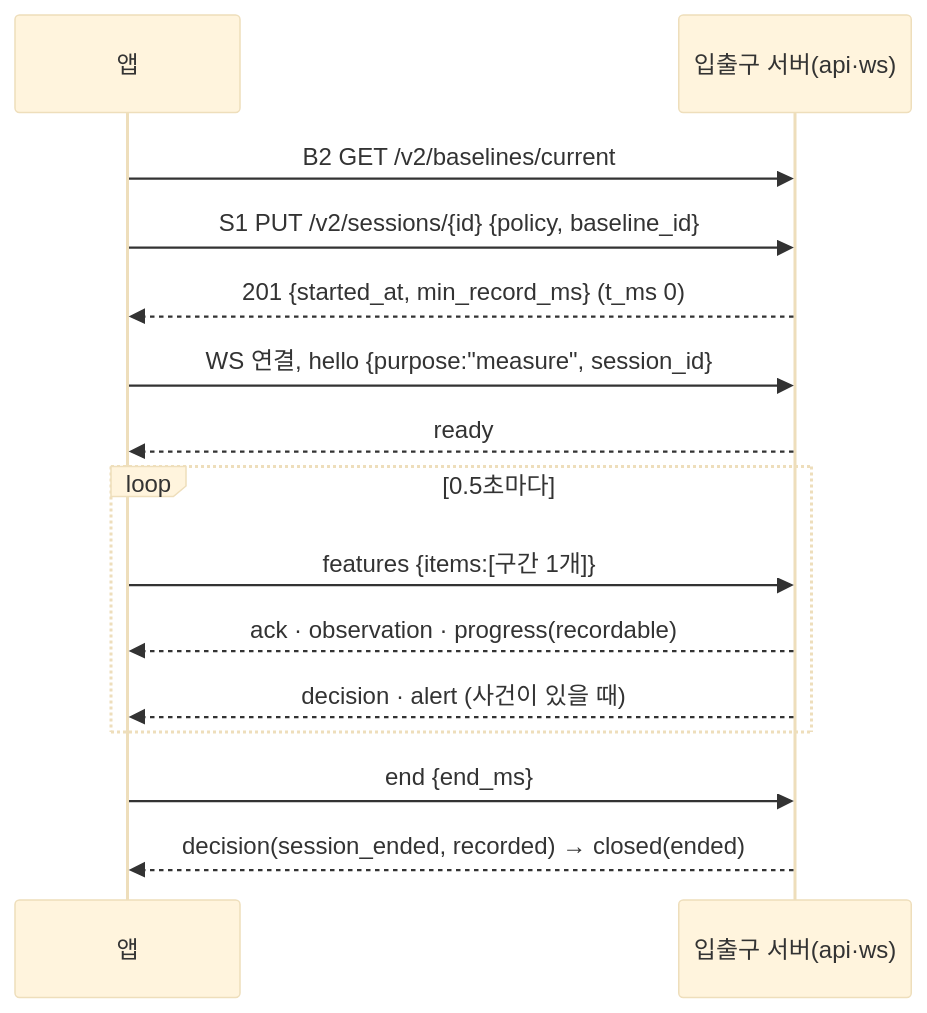
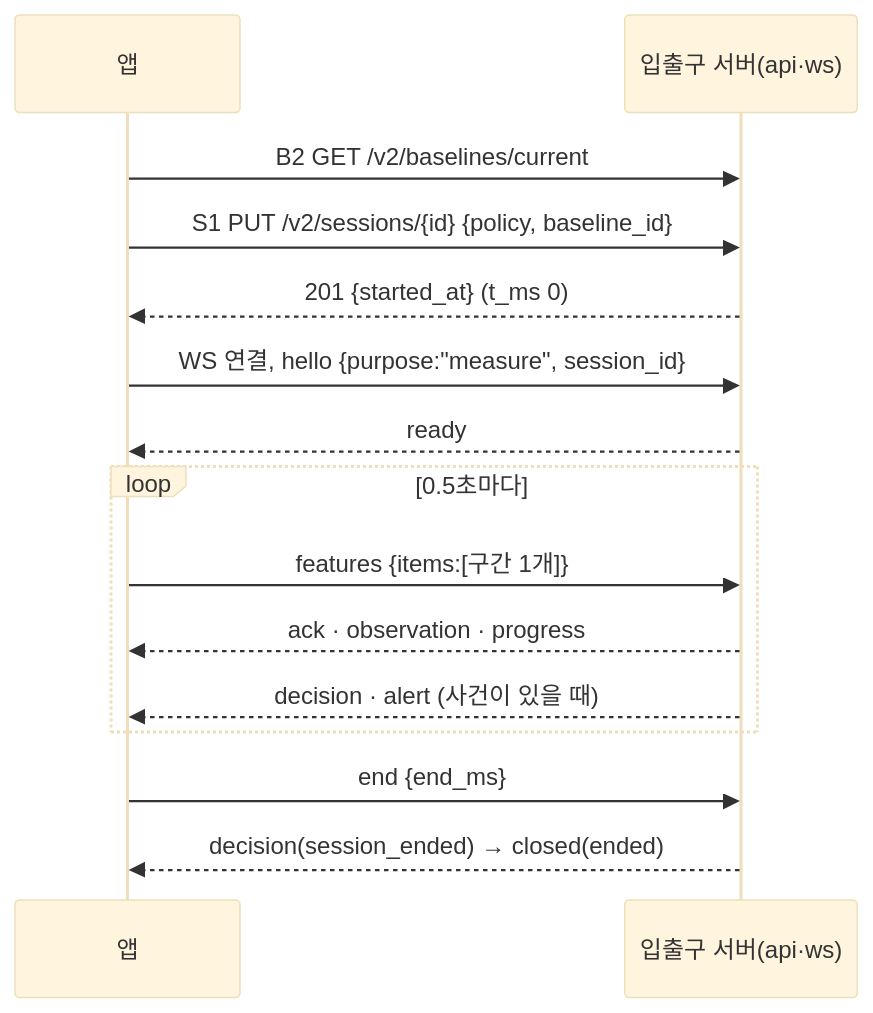
The first of 2 diagrams in docs/design/api-ws-spec.md (Jeon-Seho/sitting-posture-corrector), drawn with Mermaid (base theme) before and after one commit. The commit also changed other lines of this file and 10 other files, not shown here.

````diff
--- a/docs/design/api-ws-spec.md
+++ b/docs/design/api-ws-spec.md
@@ -286,17 +285,17 @@
 ```mermaid
 sequenceDiagram
   participant A as 앱
   participant S as 입출구 서버(api·ws)
   A->>S: B2 GET /v2/baselines/current
   A->>S: S1 PUT /v2/sessions/{id} {policy, baseline_id}
-  S-->>A: 201 {started_at, min_record_ms} (t_ms 0)
+  S-->>A: 201 {started_at} (t_ms 0)
   A->>S: WS 연결, hello {purpose:"measure", session_id}
   S-->>A: ready
   loop 0.5초마다
     A->>S: features {items:[구간 1개]}
-    S-->>A: ack · observation · progress(recordable)
+    S-->>A: ack · observation · progress
     S-->>A: decision · alert (사건이 있을 때)
   end
   A->>S: end {end_ms}
-  S-->>A: decision(session_ended, recorded) → closed(ended)
+  S-->>A: decision(session_ended) → closed(ended)
 ```
````
